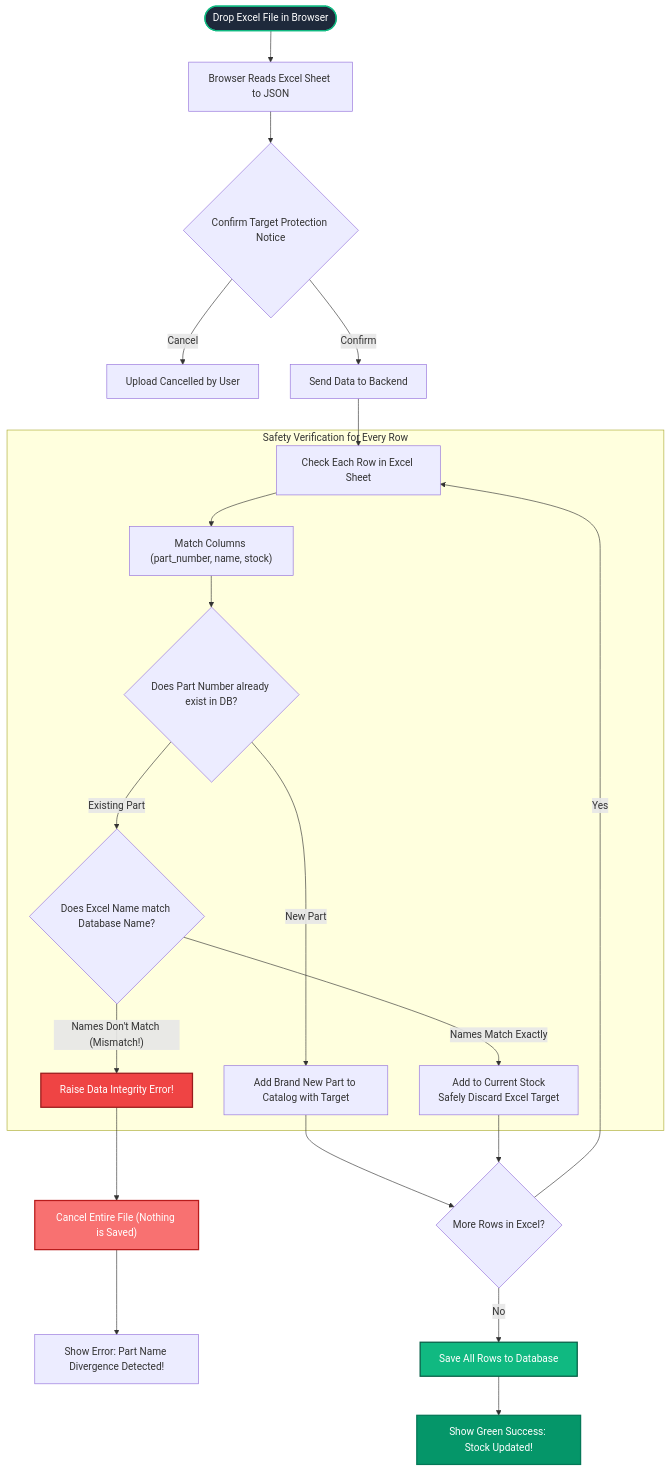
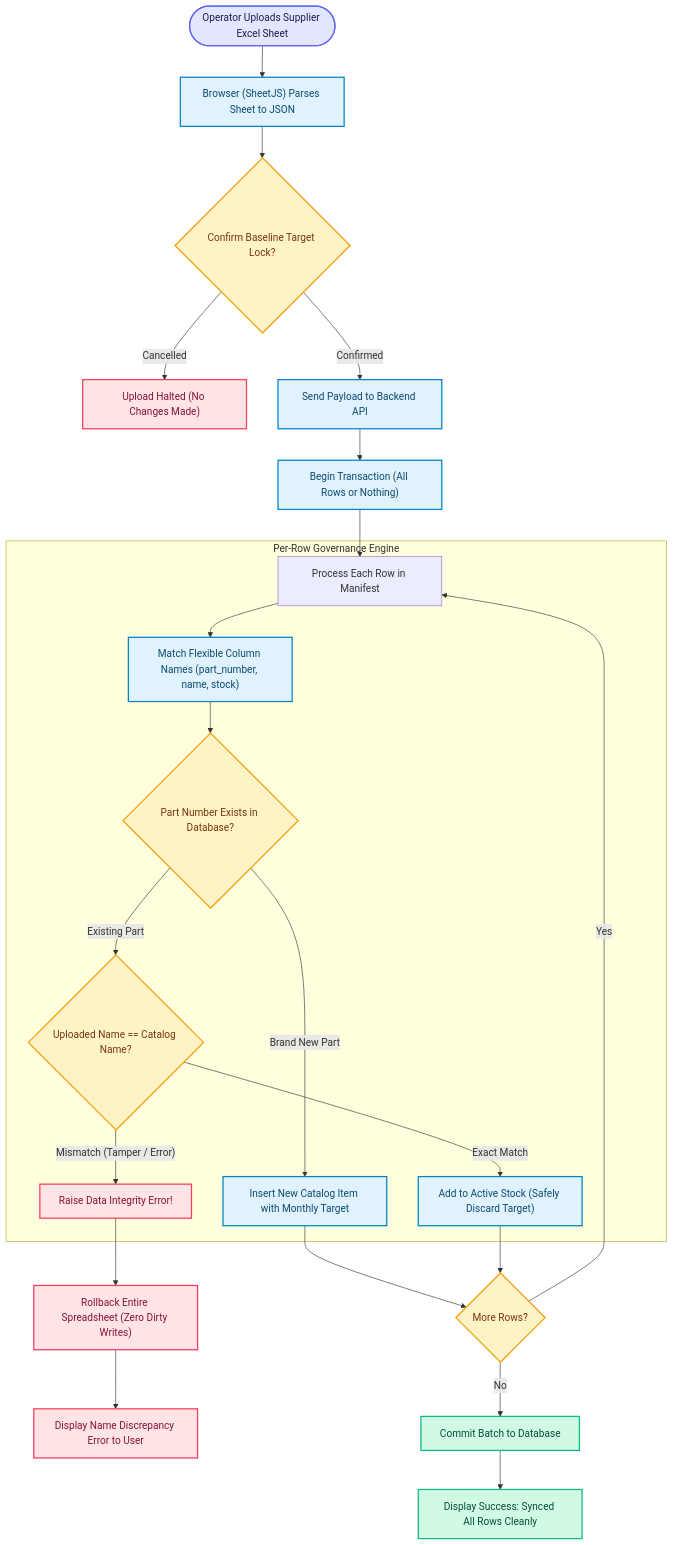
One commit to Parth-Chavan-15/Code_Blooded-Invictus26 changed the third of 3 diagrams in README.md. Above: the diagram before and after it, drawn with Mermaid. The commit also changed other lines of this file, not shown here.

Commit message:
docs: polish README with pastel flowcharts, collapsed diagrams, and streamlined testing playbook

````diff
--- a/README.md
+++ b/README.md
@@ -226,35 +250,42 @@
 ```mermaid
 flowchart TD
-    FileDropped(["Drop Excel File in Browser"]) --> ParseExcel["Browser Reads Excel Sheet to JSON"]
-    ParseExcel --> CheckRulesModal{"Confirm Target Protection Notice"}
-    CheckRulesModal -- "Cancel" --> AbortUpload["Upload Cancelled by User"]
-    CheckRulesModal -- "Confirm" --> SendToBackend["Send Data to Backend"]
-    
-    SendToBackend --> LoopRows["Check Each Row in Excel Sheet"]
-    
-    subgraph VerifyRow ["Safety Verification for Every Row"]
-        LoopRows --> ReadColumns["Match Columns (part_number, name, stock)"]
-        ReadColumns --> DoesPartExist{"Does Part Number already exist in DB?"}
+    DropManifest(["Operator Uploads Supplier Excel Sheet"]) --> BrowserParse["Browser (SheetJS) Parses Sheet to JSON"]
+    BrowserParse --> ConfirmRules{"Confirm Baseline Target Lock?"}
+    ConfirmRules -- "Cancelled" --> AbortClient["Upload Halted (No Changes Made)"]
+    ConfirmRules -- "Confirmed" --> PostBatch["Send Payload to Backend API"]
+
+    PostBatch --> BeginBatch["Begin Transaction (All Rows or Nothing)"]
+    BeginBatch --> ForEachRow["Process Each Row in Manifest"]
+
+    subgraph Row_Validation ["Per-Row Governance Engine"]
+        ForEachRow --> MatchHeaders["Match Flexible Column Names (part_number, name, stock)"]
+        MatchHeaders --> QueryCatalog{"Part Number Exists in Database?"}
         
-        DoesPartExist -- "New Part" --> SaveNew["Add Brand New Part to Catalog with Target"]
+        QueryCatalog -- "Brand New Part" --> InsertNew["Insert New Catalog Item with Monthly Target"]
         
-        DoesPartExist -- "Existing Part" --> CheckName{"Does Excel Name match Database Name?"}
-        CheckName -- "Names Don't Match (Mismatch!)" --> TriggerIntegrityError["Raise Data Integrity Error!"]
-        CheckName -- "Names Match Exactly" --> AddStockOnly["Add to Current Stock\nSafely Discard Excel Target"]
+        QueryCatalog -- "Existing Part" --> ValidateIdentity{"Uploaded Name == Catalog Name?"}
+        ValidateIdentity -- "Mismatch (Tamper / Error)" --> TriggerMismatch["Raise Data Integrity Error!"]
+        ValidateIdentity -- "Exact Match" --> UpdateStock["Add to Active Stock (Safely Discard Target)"]
     end
-    
-    TriggerIntegrityError --> RollbackAll["Cancel Entire File (Nothing is Saved)"]
-    RollbackAll --> ShowIntegrityError["Show Error: Part Name Divergence Detected!"]
-    
-    SaveNew --> MoreRows{"More Rows in Excel?"}
-    AddStockOnly --> MoreRows
-    MoreRows -- "Yes" --> LoopRows
-    MoreRows -- "No" --> CommitExcel["Save All Rows to Database"]
-    CommitExcel --> ExcelSuccess["Show Green Success: Stock Updated!"]
 
-    style FileDropped fill:#1E293B,stroke:#10B981,stroke-width:2px,color:#FFFFFF
-    style TriggerIntegrityError fill:#EF4444,stroke:#991B1B,stroke-width:2px,color:#FFFFFF
-    style RollbackAll fill:#F87171,stroke:#B91C1C,stroke-width:2px,color:#FFFFFF
-    style CommitExcel fill:#10B981,stroke:#065F46,stroke-width:2px,color:#FFFFFF
-    style ExcelSuccess fill:#059669,stroke:#047857,stroke-width:2px,color:#FFFFFF
+    TriggerMismatch --> RollbackBatch["Rollback Entire Spreadsheet (Zero Dirty Writes)"]
+    RollbackBatch --> ShowErrorUI["Display Name Discrepancy Error to User"]
+
+    InsertNew --> CheckMore{"More Rows?"}
+    UpdateStock --> CheckMore
+    CheckMore -- "Yes" --> ForEachRow
+    CheckMore -- "No" --> CommitBatch["Commit Batch to Database"]
+    CommitBatch --> ShowSuccessUI["Display Success: Synced All Rows Cleanly"]
+
+    classDef startNode fill:#E0E7FF,stroke:#6366F1,stroke-width:2px,color:#1E1B4B;
+    classDef processNode fill:#E0F2FE,stroke:#0284C7,stroke-width:2px,color:#0C4A6E;
+    classDef decisionNode fill:#FEF3C7,stroke:#F59E0B,stroke-width:2px,color:#78350F;
+    classDef errorNode fill:#FFE4E6,stroke:#F43F5E,stroke-width:2px,color:#881337;
+    classDef successNode fill:#D1FAE5,stroke:#10B981,stroke-width:2px,color:#064E3B;
+
+    class DropManifest startNode;
+    class BrowserParse,PostBatch,BeginBatch,MatchHeaders,InsertNew,UpdateStock processNode;
+    class ConfirmRules,QueryCatalog,ValidateIdentity,CheckMore decisionNode;
+    class AbortClient,TriggerMismatch,RollbackBatch,ShowErrorUI errorNode;
+    class CommitBatch,ShowSuccessUI successNode;
 ```
````
